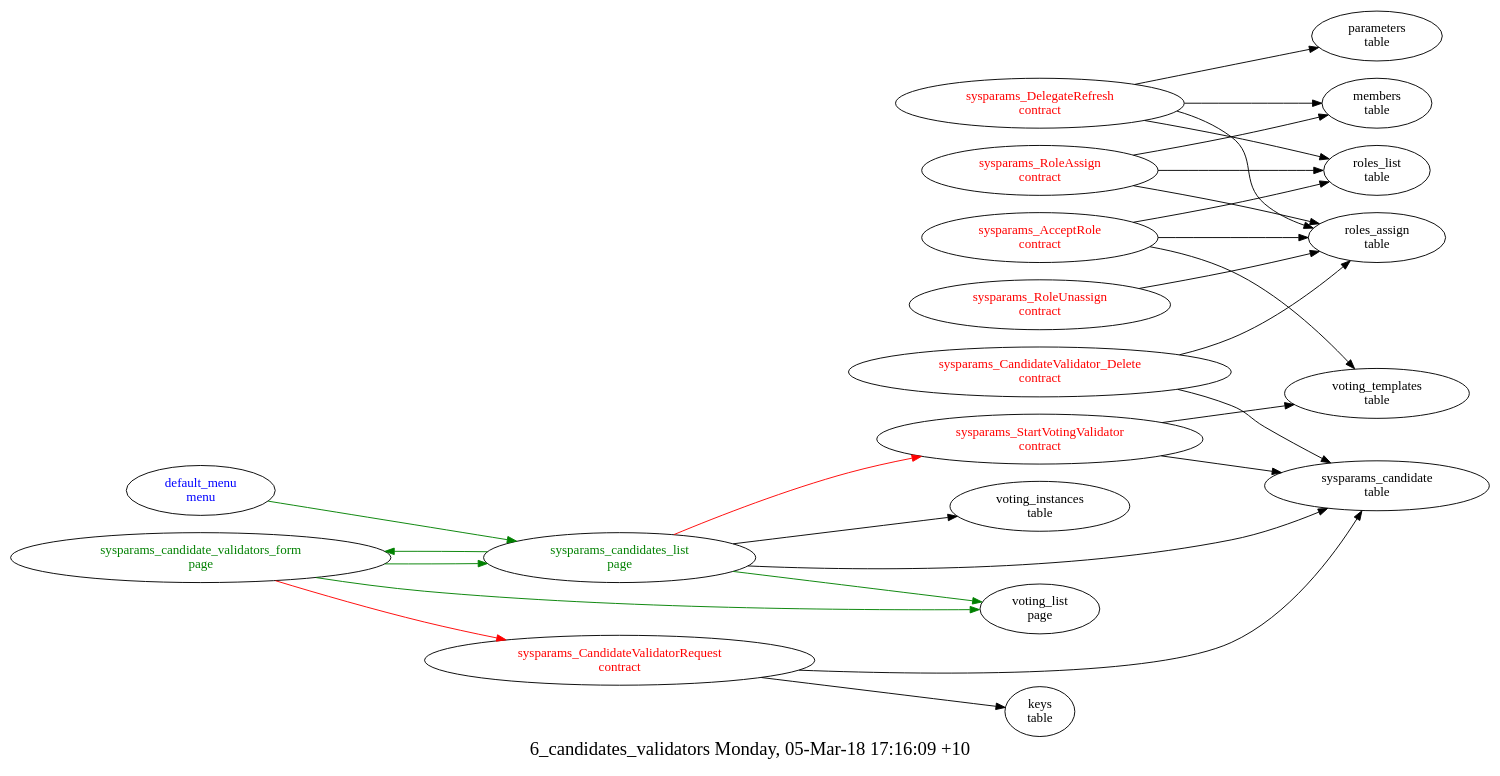
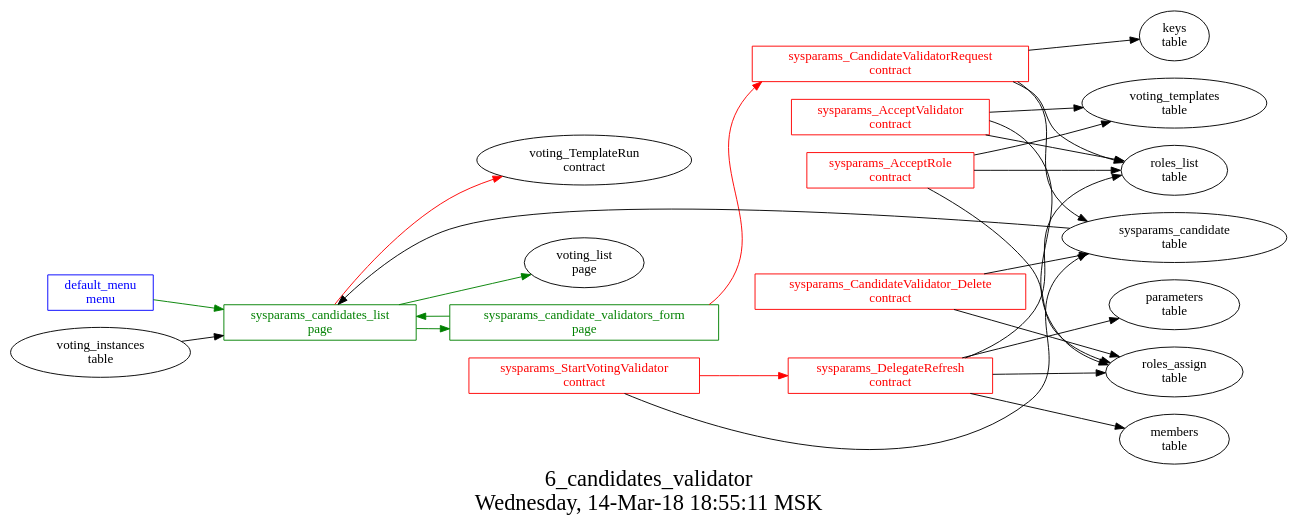
One commit to AplaProject/apps changed the diagram in src/basic/basic_main/6_candidates_validators/struct.dot. Above: the diagram before and after it, drawn with Graphviz. The commit also changed 20 other files, not shown here.

Commit message:
fixed voting for validator from template

```diff
--- a/src/basic/basic_main/6_candidates_validators/struct.dot
+++ b/src/basic/basic_main/6_candidates_validators/struct.dot
@@ -1,42 +1,45 @@
 digraph G {
-fontsize="20.0";
-label="6_candidates_validators Monday, 05-Mar-18 17:16:09 +10";
-rankdir=LR;
-"sysparams_RoleUnassign\ncontract" -> "roles_assign\ntable"
-"sysparams_RoleUnassign\ncontract" [fontcolor=red, group=contracts];
-"sysparams_RoleAssign\ncontract" -> "roles_list\ntable"
-"sysparams_RoleAssign\ncontract" -> "members\ntable"
-"sysparams_RoleAssign\ncontract" -> "roles_assign\ntable"
-"sysparams_RoleAssign\ncontract" [fontcolor=red, group=contracts];
-"sysparams_CandidateValidator_Delete\ncontract" -> "sysparams_candidate\ntable"
-"sysparams_CandidateValidator_Delete\ncontract" -> "roles_assign\ntable"
-"sysparams_CandidateValidator_Delete\ncontract" [fontcolor=red, group=contracts];
-"sysparams_CandidateValidatorRequest\ncontract" -> "keys\ntable"
-"sysparams_CandidateValidatorRequest\ncontract" -> "sysparams_candidate\ntable"
-"sysparams_CandidateValidatorRequest\ncontract" [fontcolor=red, group=contracts];
-"sysparams_DelegateRefresh\ncontract" -> "roles_list\ntable"
-"sysparams_DelegateRefresh\ncontract" -> "parameters\ntable"
-"sysparams_DelegateRefresh\ncontract" -> "roles_assign\ntable"
-"sysparams_DelegateRefresh\ncontract" -> "members\ntable"
-"sysparams_DelegateRefresh\ncontract" [fontcolor=red, group=contracts];
-"sysparams_AcceptRole\ncontract" -> "voting_templates\ntable"
-"sysparams_AcceptRole\ncontract" -> "roles_list\ntable"
-"sysparams_AcceptRole\ncontract" -> "roles_assign\ntable"
-"sysparams_AcceptRole\ncontract" [fontcolor=red, group=contracts];
-"sysparams_StartVotingValidator\ncontract" -> "voting_templates\ntable"
-"sysparams_StartVotingValidator\ncontract" -> "sysparams_candidate\ntable"
-"sysparams_StartVotingValidator\ncontract" [fontcolor=red, group=contracts];
+graph [
+  fontsize="24";
+  label="6_candidates_validator\nWednesday, 14-Mar-18 18:55:11 MSK";
+  nojustify=true;
+  ordering=out;
+  rankdir=LR;
+  size="30";
+];
 "default_menu\nmenu" -> "sysparams_candidates_list\npage"  [ color=green ]
-"default_menu\nmenu" [fontcolor=blue, group=menus];
+"default_menu\nmenu" [color=blue, fontcolor=blue, group=menus, shape=record];
 "sysparams_candidate_validators_form\npage" -> "sysparams_CandidateValidatorRequest\ncontract"  [ color=red ]
 "sysparams_candidate_validators_form\npage" -> "sysparams_candidates_list\npage"  [ color=green ]
-"sysparams_candidate_validators_form\npage" -> "voting_list\npage"  [ color=green ]
-"sysparams_candidate_validators_form\npage" [fontcolor=green, group=pages];
-"sysparams_candidates_list\npage" -> "sysparams_StartVotingValidator\ncontract"  [ color=red ]
-"sysparams_candidates_list\npage" -> "sysparams_candidate\ntable"
-"sysparams_candidates_list\npage" -> "voting_instances\ntable"
+"sysparams_candidate_validators_form\npage" [color=green, fontcolor=green, group=pages, shape=record];
+"sysparams_candidates_list\npage" -> "voting_TemplateRun\ncontract"  [ color=red ]
+"sysparams_candidate\ntable" -> "sysparams_candidates_list\npage"  [ color="" ]
+"voting_instances\ntable" -> "sysparams_candidates_list\npage"  [ color="" ]
 "sysparams_candidates_list\npage" -> "voting_list\npage"  [ color=green ]
 "sysparams_candidates_list\npage" -> "sysparams_candidate_validators_form\npage"  [ color=green ]
-"sysparams_candidates_list\npage" [fontcolor=green, group=pages];
-"sysparams_candidate\ntable" [group=tables];
+"sysparams_candidates_list\npage" [color=green, fontcolor=green, group=pages, shape=record];
+"sysparams_AcceptRole\ncontract" -> "voting_templates\ntable"  [ color="" ]
+"sysparams_AcceptRole\ncontract" -> "roles_list\ntable"  [ color="" ]
+"sysparams_AcceptRole\ncontract" -> "roles_assign\ntable"  [ color="" ]
+"sysparams_AcceptRole\ncontract" [color=red, fontcolor=red, group=contracts, shape=record];
+"sysparams_AcceptValidator\ncontract" -> "voting_templates\ntable"  [ color="" ]
+"sysparams_AcceptValidator\ncontract" -> "roles_list\ntable"  [ color="" ]
+"sysparams_AcceptValidator\ncontract" -> "roles_assign\ntable"  [ color="" ]
+"sysparams_AcceptValidator\ncontract" [color=red, fontcolor=red, group=contracts, shape=record];
+"sysparams_CandidateValidatorRequest\ncontract" -> "keys\ntable"  [ color="" ]
+"sysparams_CandidateValidatorRequest\ncontract" -> "roles_list\ntable"  [ color="" ]
+"sysparams_CandidateValidatorRequest\ncontract" -> "sysparams_candidate\ntable"  [ color="" ]
+"sysparams_CandidateValidatorRequest\ncontract" [color=red, fontcolor=red, group=contracts, shape=record];
+"sysparams_CandidateValidator_Delete\ncontract" -> "sysparams_candidate\ntable"  [ color="" ]
+"sysparams_CandidateValidator_Delete\ncontract" -> "roles_assign\ntable"  [ color="" ]
+"sysparams_CandidateValidator_Delete\ncontract" [color=red, fontcolor=red, group=contracts, shape=record];
+"sysparams_DelegateRefresh\ncontract" -> "roles_list\ntable"  [ color="" ]
+"sysparams_DelegateRefresh\ncontract" -> "parameters\ntable"  [ color="" ]
+"sysparams_DelegateRefresh\ncontract" -> "roles_assign\ntable"  [ color="" ]
+"sysparams_DelegateRefresh\ncontract" -> "members\ntable"  [ color="" ]
+"sysparams_DelegateRefresh\ncontract" [color=red, fontcolor=red, group=contracts, shape=record];
+"sysparams_StartVotingValidator\ncontract" -> "sysparams_DelegateRefresh\ncontract"  [ color=red ]
+"sysparams_StartVotingValidator\ncontract" -> "sysparams_candidate\ntable"  [ color="" ]
+"sysparams_StartVotingValidator\ncontract" [color=red, fontcolor=red, group=contracts, shape=record];
+"sysparams_candidate\ntable" [color="", fontcolor="", group=tables, shape=""];
 }
```
